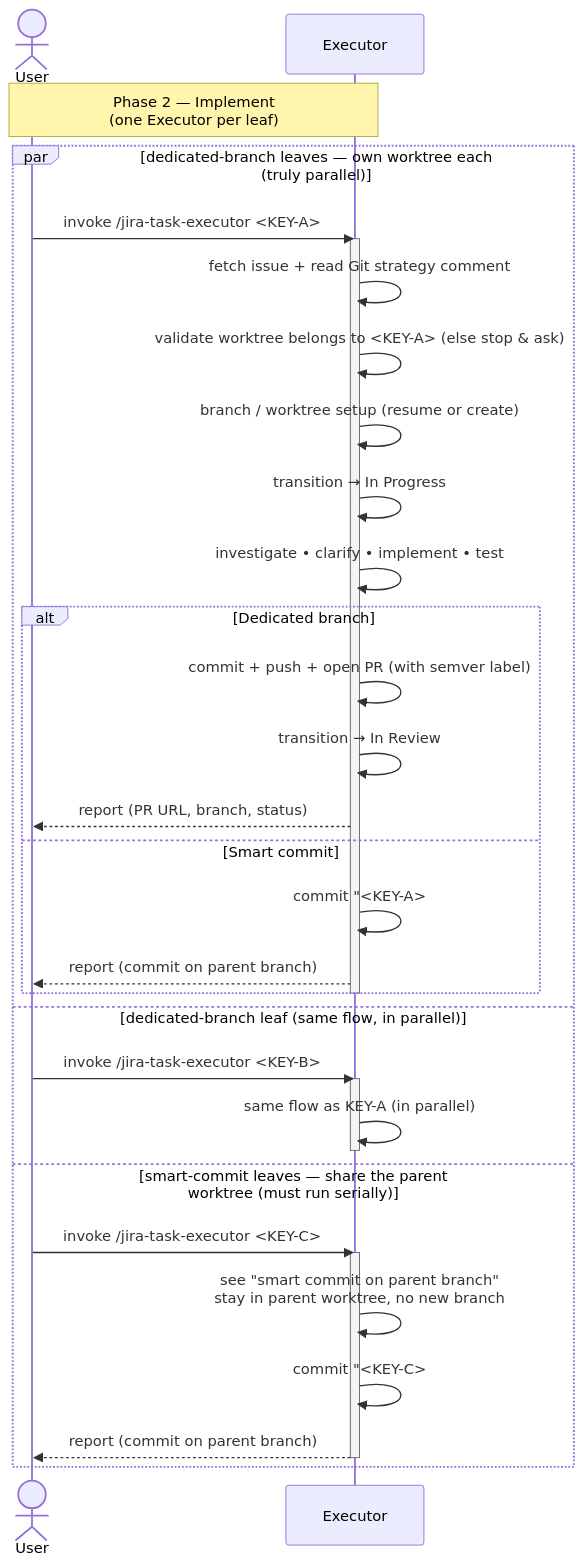
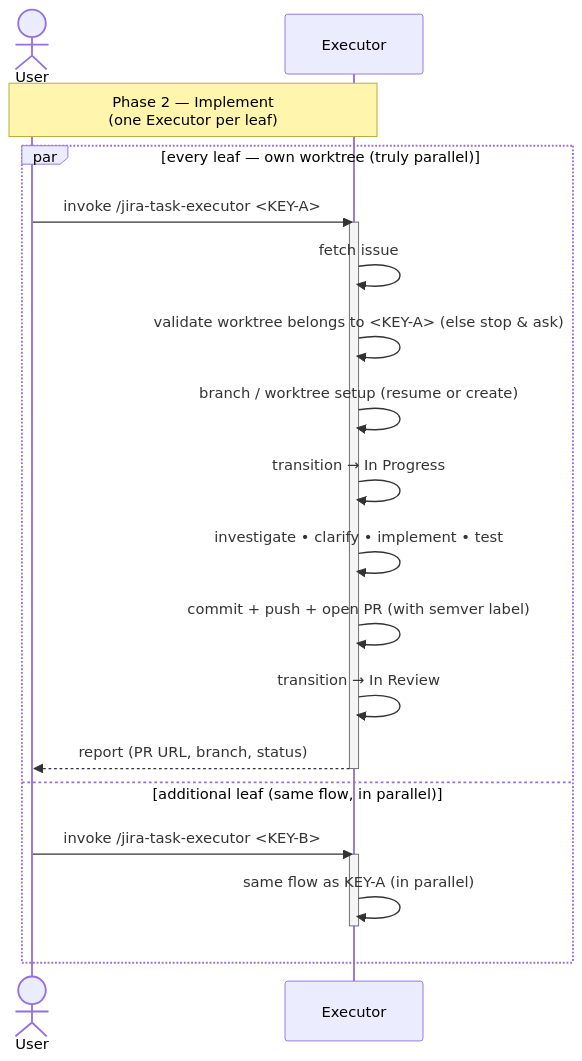
Before and after one commit to kantorv/jira-sdlc-tools: the diagram in plugins/jira-sdlc/docs/TASK-LIFECYCLE-PHASE-2.md, drawn with Mermaid. The commit also changed other lines of this file and 11 other files, not shown here.

````diff
--- a/plugins/jira-sdlc/docs/TASK-LIFECYCLE-PHASE-2.md
+++ b/plugins/jira-sdlc/docs/TASK-LIFECYCLE-PHASE-2.md
@@ -10,39 +10,26 @@
 ```mermaid
 sequenceDiagram
     actor User
     participant Executor
 
     Note over User,Executor: Phase 2 — Implement<br/>(one Executor per leaf)
 
-    par dedicated-branch leaves — own worktree each (truly parallel)
+    par every leaf — own worktree (truly parallel)
         User->>Executor: invoke /jira-task-executor <KEY-A>
         activate Executor
-        Executor->>Executor: fetch issue + read Git strategy comment
+        Executor->>Executor: fetch issue
         Executor->>Executor: validate worktree belongs to <KEY-A> (else stop & ask)
         Executor->>Executor: branch / worktree setup (resume or create)
         Executor->>Executor: transition → In Progress
         Executor->>Executor: investigate • clarify • implement • test
-
-        alt Dedicated branch
-            Executor->>Executor: commit + push + open PR (with semver label)
-            Executor->>Executor: transition → In Review
-            Executor-->>User: report (PR URL, branch, status)
-        else Smart commit
-            Executor->>Executor: commit "<KEY-A> #done <msg>" on parent branch (local)
-            Executor-->>User: report (commit on parent branch)
-        end
+        Executor->>Executor: commit + push + open PR (with semver label)
+        Executor->>Executor: transition → In Review
+        Executor-->>User: report (PR URL, branch, status)
         deactivate Executor
-    and dedicated-branch leaf (same flow, in parallel)
+    and additional leaf (same flow, in parallel)
         User->>Executor: invoke /jira-task-executor <KEY-B>
         activate Executor
         Executor->>Executor: same flow as KEY-A (in parallel)
         deactivate Executor
-    and smart-commit leaves — share the parent worktree (must run serially)
-        User->>Executor: invoke /jira-task-executor <KEY-C>
-        activate Executor
-        Executor->>Executor: see "smart commit on parent branch"<br/>stay in parent worktree, no new branch
-        Executor->>Executor: commit "<KEY-C> #done <msg>" (local, no push)
-        Executor-->>User: report (commit on parent branch)
-        deactivate Executor
     end
 ```
````
